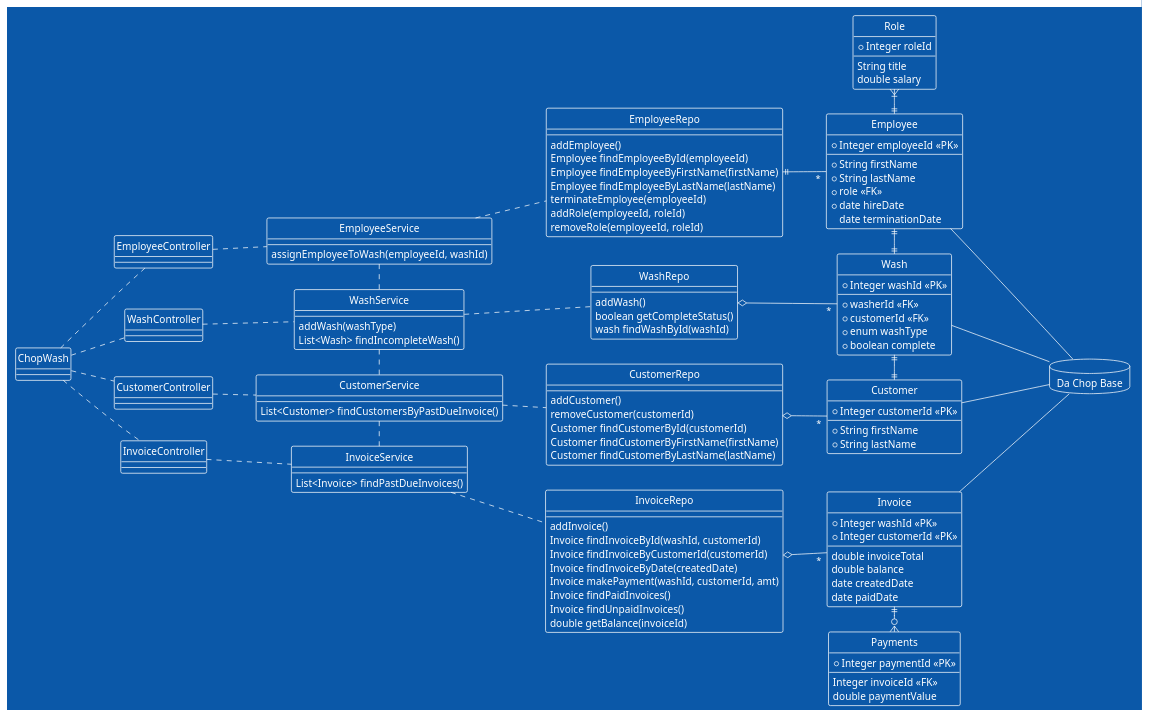
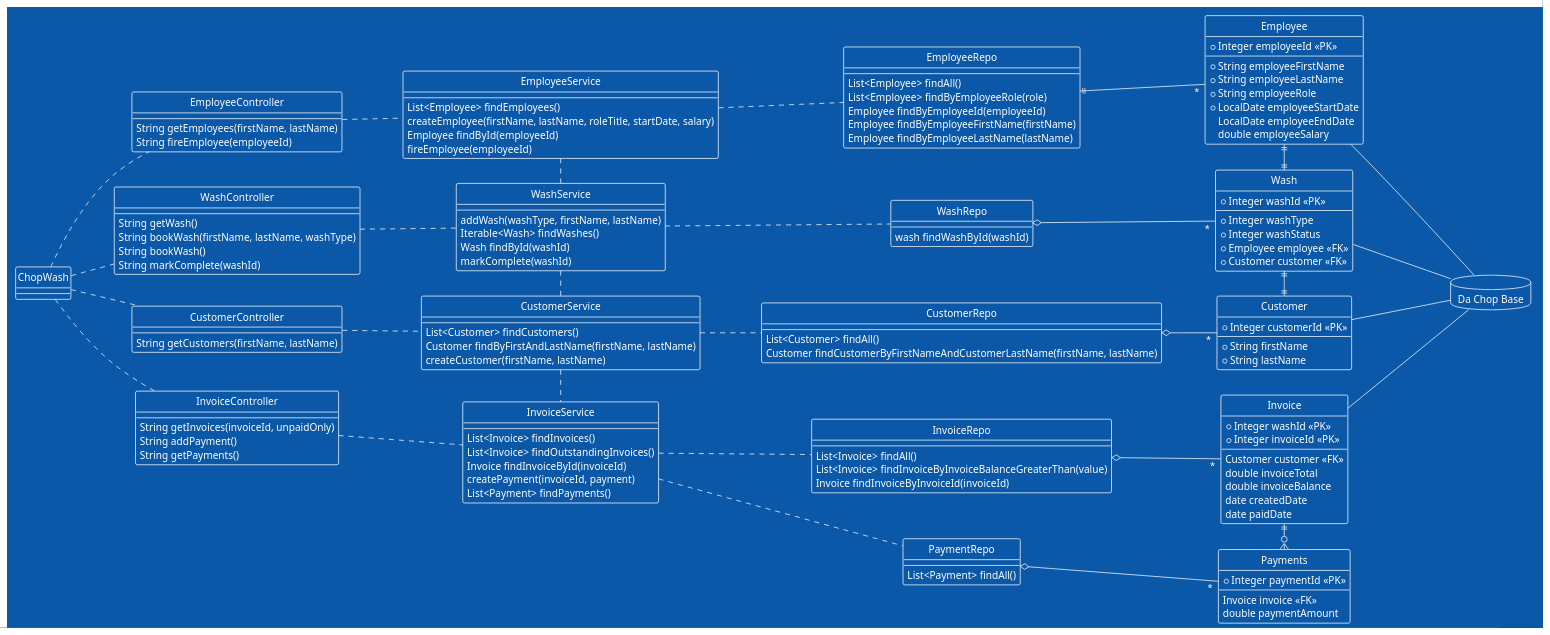
Before and after one commit to ehelferty/daCHOPwash-Car-Wash: the diagram in docs/chopwashSCD.puml, drawn with PlantUML.

Commit message:
Updated the System Class Diagram

```diff
--- a/docs/chopwashSCD.puml
+++ b/docs/chopwashSCD.puml
@@ -1,153 +1,168 @@
 @startuml ChopWash-System-Class-Diagram
 
 left to right direction
 skinparam Style strictuml
 !theme amiga
 
 class ChopWash{}
 database "Da Chop Base"{
 
 }
 
 ' Controllers
-class EmployeeController{}
-class WashController{}
-class CustomerController{}
-class InvoiceController{}
+class EmployeeController{
+    String getEmployees(firstName, lastName)
+    String fireEmployee(employeeId)
+}
+class WashController{
+    String getWash()
+    String bookWash(firstName, lastName, washType)
+    String bookWash()
+    String markComplete(washId)
+}
+class CustomerController{
+    String getCustomers(firstName, lastName)
+}
+class InvoiceController{
+    String getInvoices(invoiceId, unpaidOnly)
+    String addPayment()
+    String getPayments()
+}
 
 
 ' Services
 class EmployeeService{
-    assignEmployeeToWash(employeeId, washId)
+    List<Employee> findEmployees()
+    createEmployee(firstName, lastName, roleTitle, startDate, salary)
+    Employee findById(employeeId)
+    fireEmployee(employeeId)
 }
 class CustomerService{
-    List<Customer> findCustomersByPastDueInvoice()
+    List<Customer> findCustomers()
+    Customer findByFirstAndLastName(firstName, lastName)
+    createCustomer(firstName, lastName)
 }
 class WashService{
-    addWash(washType)
-    List<Wash> findIncompleteWash()
+    addWash(washType, firstName, lastName)
+    Iterable<Wash> findWashes()
+    Wash findById(washId)
+    markComplete(washId)
 }
 class InvoiceService{
-    List<Invoice> findPastDueInvoices()
+    List<Invoice> findInvoices()
+    List<Invoice> findOutstandingInvoices()
+    Invoice findInvoiceById(invoiceId)
+    createPayment(invoiceId, payment)
+    List<Payment> findPayments()
 }
 
 
 'Repos
 class EmployeeRepo{
-    addEmployee()
-    Employee findEmployeeById(employeeId)
-    Employee findEmployeeByFirstName(firstName)
-    Employee findEmployeeByLastName(lastName)
-    terminateEmployee(employeeId)
-    addRole(employeeId, roleId)
-    removeRole(employeeId, roleId)
+    List<Employee> findAll()
+    List<Employee> findByEmployeeRole(role)
+    Employee findByEmployeeId(employeeId)
+    Employee findByEmployeeFirstName(firstName)
+    Employee findByEmployeeLastName(lastName)
 }
 class CustomerRepo{
-    addCustomer()
-    removeCustomer(customerId)
-    Customer findCustomerById(customerId)
-    Customer findCustomerByFirstName(firstName)
-    Customer findCustomerByLastName(lastName)
+    List<Customer> findAll()
+    Customer findCustomerByFirstNameAndCustomerLastName(firstName, lastName)
 }
 class WashRepo{
-    addWash()
-    boolean getCompleteStatus()
     wash findWashById(washId)
 }
 class InvoiceRepo{
-    addInvoice()
-    Invoice findInvoiceById(washId, customerId)
-    Invoice findInvoiceByCustomerId(customerId)
-    Invoice findInvoiceByDate(createdDate)
-    Invoice makePayment(washId, customerId, amt)
-    Invoice findPaidInvoices()
-    Invoice findUnpaidInvoices()
-    double getBalance(invoiceId)
+    List<Invoice> findAll()
+    List<Invoice> findInvoiceByInvoiceBalanceGreaterThan(value)
+    Invoice findInvoiceByInvoiceId(invoiceId)
+}
+class PaymentRepo{
+    List<Payment> findAll()
 }
 
 
 
 'Entities
 entity Customer{
     *Integer customerId <<PK>>
     --
     *String firstName
     *String lastName
 }
 entity Employee{
    *Integer employeeId <<PK>>
    --
-    *String firstName
-    *String lastName 
-    *role <<FK>>
-    *date hireDate
-    date terminationDate
+    *String employeeFirstName
+    *String employeeLastName 
+    *String employeeRole
+    *LocalDate employeeStartDate
+    LocalDate employeeEndDate
+    double employeeSalary
 }
 entity Invoice {
     *Integer washId <<PK>>
-    *Integer customerId <<PK>>
+    *Integer invoiceId <<PK>>
     --
+    Customer customer <<FK>>
     double invoiceTotal
-    double balance
+    double invoiceBalance
     date createdDate
     date paidDate
 }
 entity Wash{
     *Integer washId <<PK>>
     --
-    *washerId <<FK>>
-    *customerId <<FK>>
-    *enum washType
-    *boolean complete 
+    *Integer washType
+    *Integer washStatus 
+    *Employee employee <<FK>>
+    *Customer customer <<FK>>
 }
-entity Role{
-    *Integer roleId
-    --
-    String title
-    double salary
-}
+
 entity Payments{
     *Integer paymentId <<PK>>
     --
-    Integer invoiceId <<FK>>
-    double paymentValue
+    Invoice invoice <<FK>>
+    double paymentAmount
 }
 
 
 ' Relationships
 ChopWash .. EmployeeController
 ChopWash .. CustomerController
 ChopWash .. WashController
 ChopWash .. InvoiceController
 
 EmployeeController .. EmployeeService
 CustomerController .. CustomerService
 WashController .. WashService
 InvoiceController .. InvoiceService
 
 EmployeeService .. EmployeeRepo
 CustomerService .. CustomerRepo
 WashService .. WashRepo
 InvoiceService .. InvoiceRepo
+InvoiceService .. PaymentRepo
 
 EmployeeRepo ||--"*" Employee
 CustomerRepo o--"*" Customer
 InvoiceRepo o--"*" Invoice
+PaymentRepo o--"*" Payments
 WashRepo o--"*" Wash
 
-Employee ||-left|{ Role
+
 Invoice ||-o{ Payments
 
 Wash ||-|| Customer
 Employee ||-|| Wash
 
 EmployeeService . WashService
 WashService . CustomerService
 CustomerService . InvoiceService
 
 Employee --- "Da Chop Base"
 Customer --- "Da Chop Base"
 Wash --- "Da Chop Base"
 Invoice --- "Da Chop Base"
 
 @enduml
```
